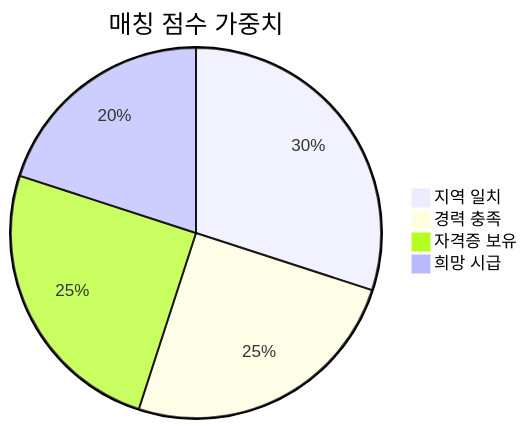
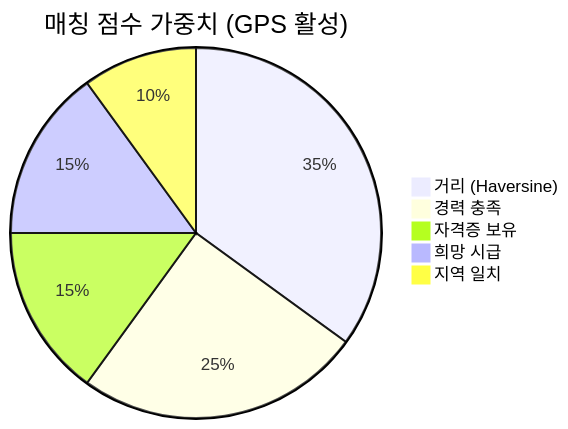
One commit to MaduJoe/PilaMatch changed the second of 2 diagrams in README.md. Above: the diagram before and after it, drawn with Mermaid. The commit also changed other lines of this file and 26 other files, not shown here.

````diff
--- a/README.md
+++ b/README.md
@@ -1221,7 +248,8 @@
 ```mermaid
-pie title 매칭 점수 가중치
-    "지역 일치" : 30
+pie title 매칭 점수 가중치 (GPS 활성)
+    "거리 (Haversine)" : 35
     "경력 충족" : 25
-    "자격증 보유" : 25
-    "희망 시급" : 20
+    "자격증 보유" : 15
+    "희망 시급" : 15
+    "지역 일치" : 10
 ```
````
